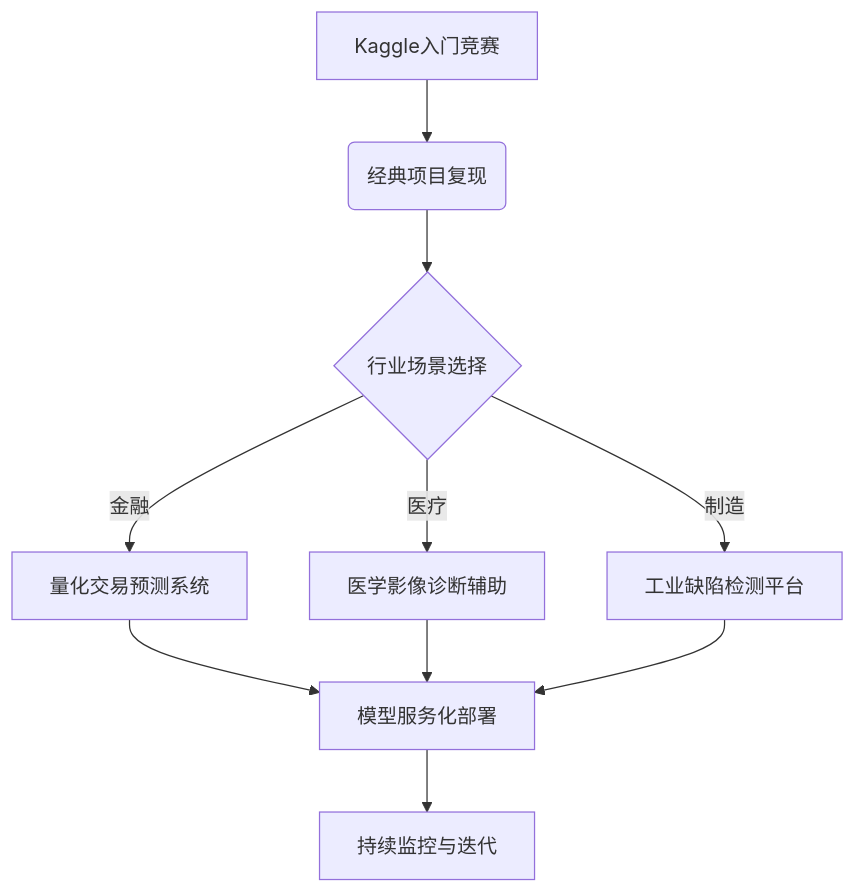
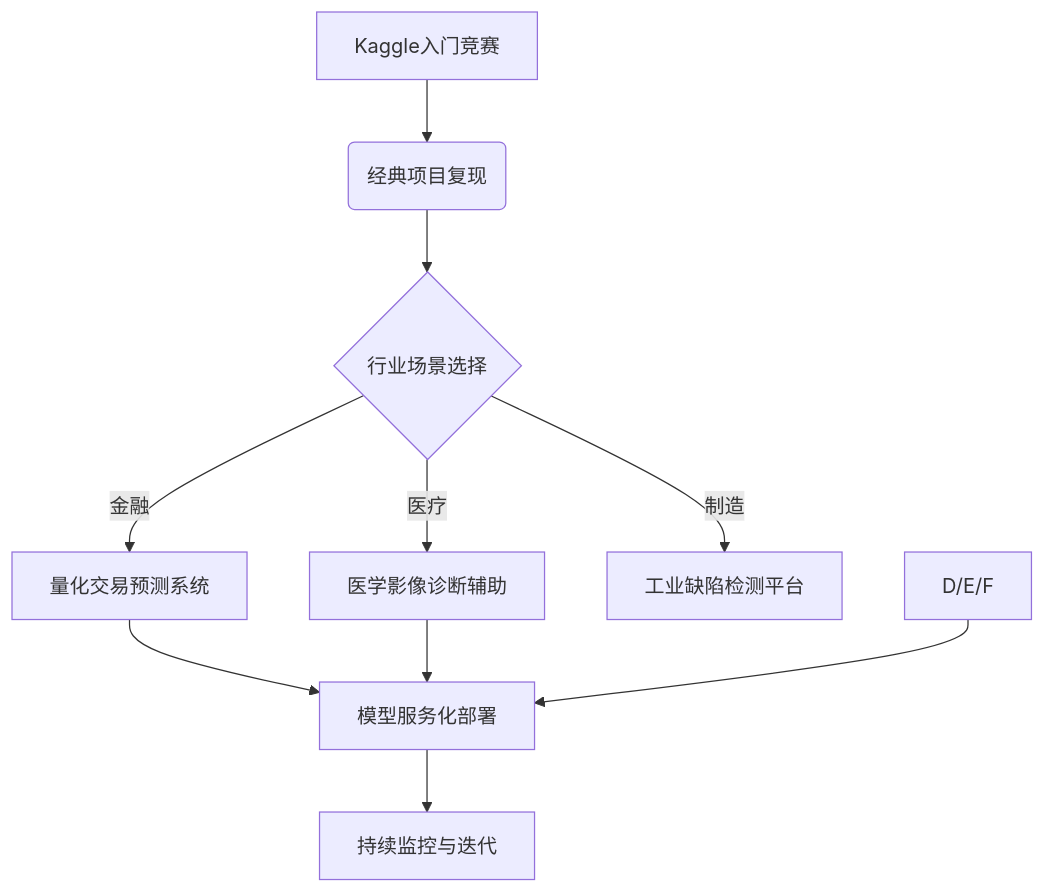
Before and after one commit to DoutzenYe/DoutzenYe: the diagram in 系统性学习AI算法知识的路径规划.md, drawn with Mermaid. The commit also changed other lines of this file, not shown here.

````diff
--- a/系统性学习AI算法知识的路径规划.md
+++ b/系统性学习AI算法知识的路径规划.md
@@ -75,12 +75,12 @@
 ```mermaid 
 graph TD 
 A[Kaggle入门竞赛] --> B(经典项目复现) 
 B --> C{行业场景选择} 
 C -->|金融| D[量化交易预测系统] 
 C -->|医疗| E[医学影像诊断辅助] 
 C -->|制造| F[工业缺陷检测平台] 
 D --> G[模型服务化部署] 
 E --> G[模型服务化部署] 
-F --> G[模型服务化部署] 
+D/E/F --> G[模型服务化部署] 
 G --> H[持续监控与迭代]
 ```
````
